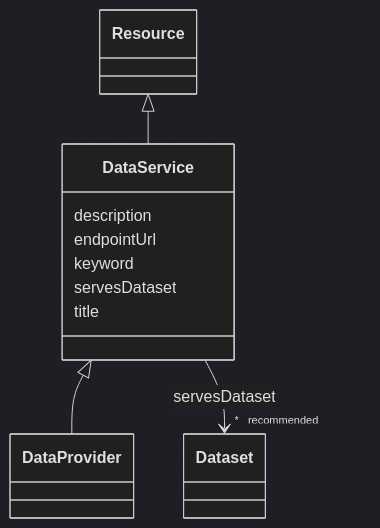
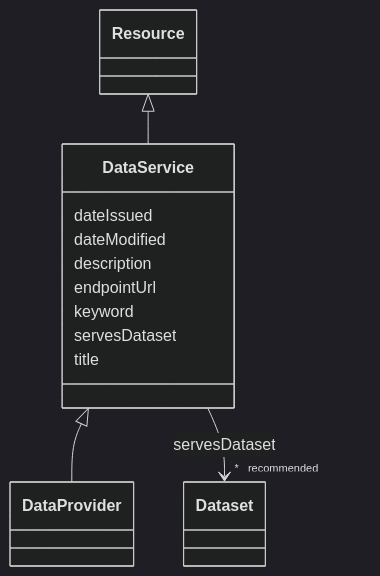
Before and after one commit to EVORA-project/evora-ontology: the diagram in models/docs/DataService.md, drawn with Mermaid (dark theme). The commit also changed other lines of this file and 377 other files, not shown here.

````diff
--- a/models/docs/DataService.md
+++ b/models/docs/DataService.md
@@ -21,31 +21,35 @@
 ```mermaid
  classDiagram
     class DataService
     click DataService href "../DataService"
       Resource <|-- DataService
         click Resource href "../Resource"
       
 
       DataService <|-- DataProvider
         click DataProvider href "../DataProvider"
       
       
+      DataService : dateIssued
+        
+      DataService : dateModified
+        
       DataService : description
         
       DataService : endpointUrl
         
       DataService : keyword
         
       DataService : servesDataset
         
           
     
     
     DataService --> "* _recommended_" Dataset : servesDataset
     click Dataset href "../Dataset"
 
         
       DataService : title
         
       
 ```
````
